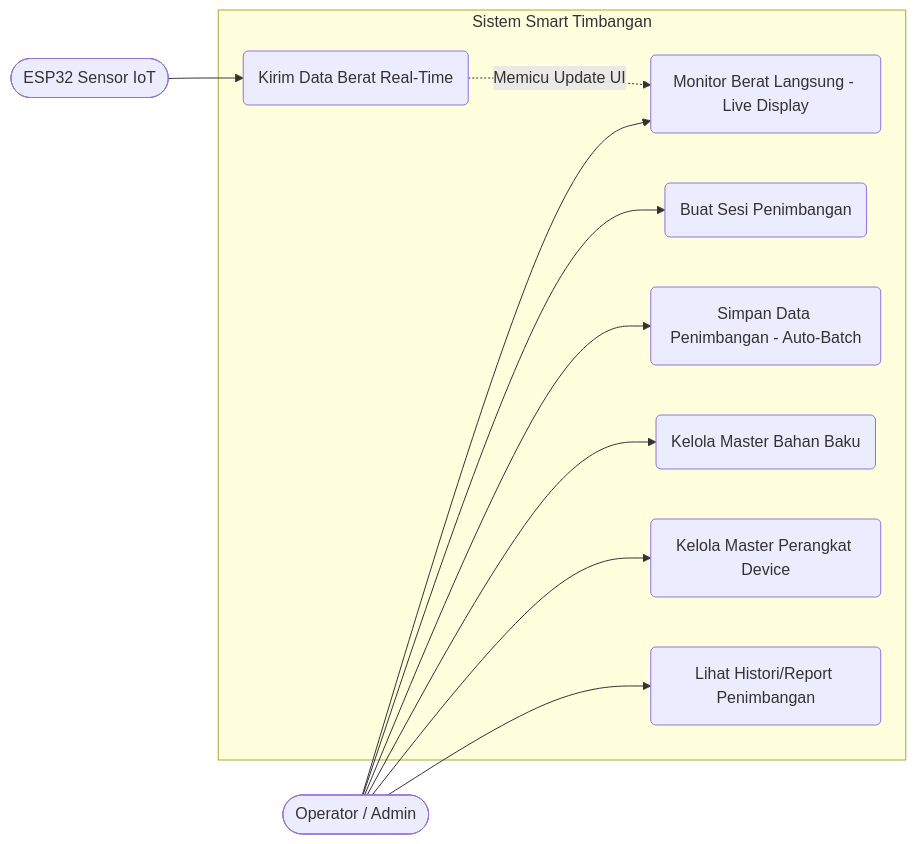
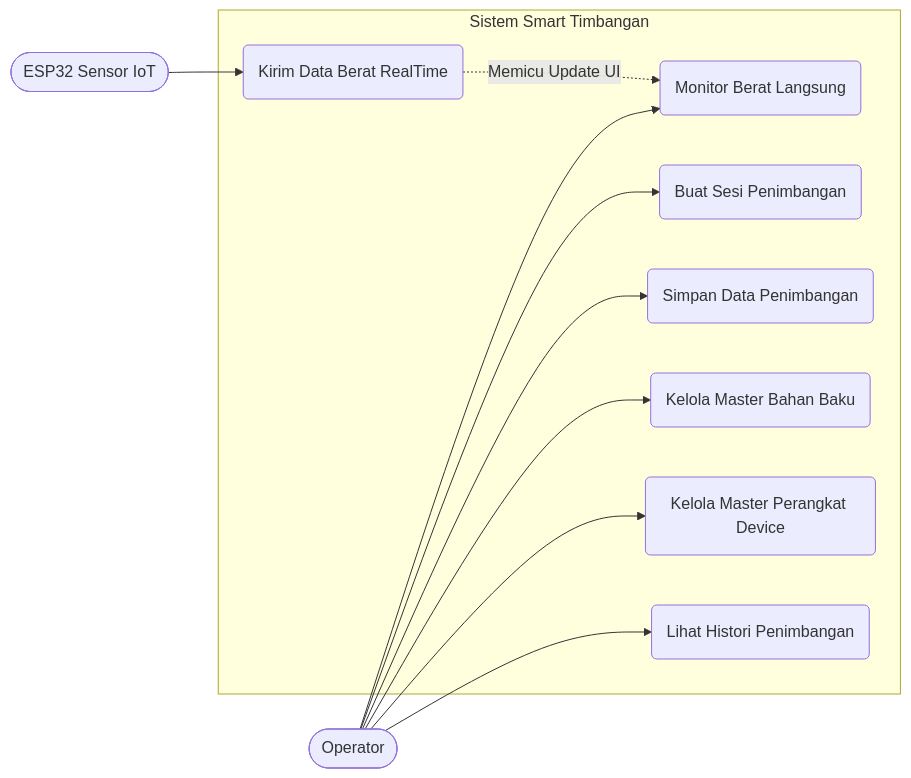
One commit to algar12/-MAGANG_PT_BINA_revisi changed the fourth of 4 diagrams in Dokumentasi/UML_Diagrams.md. Above: the diagram before and after it, drawn with Mermaid. The commit also changed other lines of this file, not shown here.

Commit message:
Sanitize all Mermaid nodes to ensure GitHub rendering

````diff
--- a/Dokumentasi/UML_Diagrams.md
+++ b/Dokumentasi/UML_Diagrams.md
@@ -119,28 +119,25 @@
 ```mermaid
 flowchart LR
-    %% Actors
-    O([Operator / Admin])
+    O([Operator])
     E([ESP32 Sensor IoT])
 
-    %% System Boundary
     subgraph Sistem Smart Timbangan
-        UC1(Kirim Data Berat Real-Time)
-        UC2(Monitor Berat Langsung - Live Display)
+        UC1(Kirim Data Berat RealTime)
+        UC2(Monitor Berat Langsung)
         UC3(Buat Sesi Penimbangan)
-        UC4(Simpan Data Penimbangan - Auto-Batch)
+        UC4(Simpan Data Penimbangan)
         UC5(Kelola Master Bahan Baku)
         UC6(Kelola Master Perangkat Device)
-        UC7(Lihat Histori/Report Penimbangan)
+        UC7(Lihat Histori Penimbangan)
     end
 
-    %% Relationships
     E --> UC1
     UC1 -.->|Memicu Update UI| UC2
 
     O --> UC2
     O --> UC3
     O --> UC4
     O --> UC5
     O --> UC6
     O --> UC7
 ```
````
